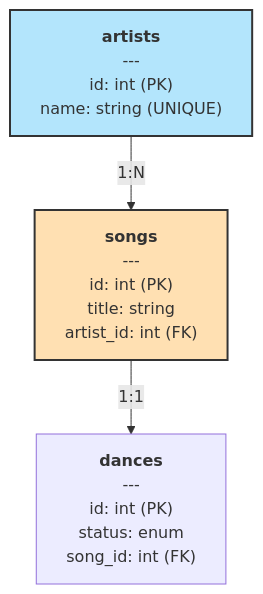
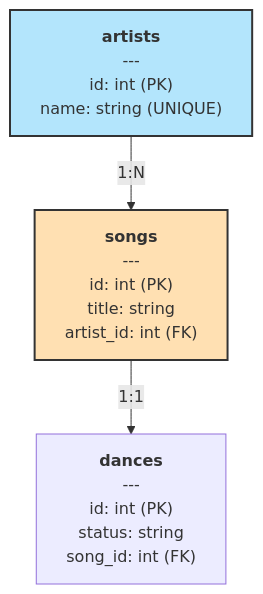
The third of 4 diagrams in ARCHITECTURE.md (vega28/dance-dance-database), drawn with Mermaid before and after one commit.

Commit message:
Apply suggestion from @Copilot

````diff
--- a/ARCHITECTURE.md
+++ b/ARCHITECTURE.md
@@ -94,12 +94,12 @@
 ```mermaid
 graph TD
     Artists["<b>artists</b><br/>---<br/>id: int (PK)<br/>name: string (UNIQUE)<br/>"]
     Songs["<b>songs</b><br/>---<br/>id: int (PK)<br/>title: string<br/>artist_id: int (FK)<br/>"]
-    Dances["<b>dances</b><br/>---<br/>id: int (PK)<br/>status: enum<br/>song_id: int (FK)<br/>"]
+    Dances["<b>dances</b><br/>---<br/>id: int (PK)<br/>status: string<br/>song_id: int (FK)<br/>"]
     
     Artists -->|1:N| Songs
     Songs -->|1:1| Dances
     
     style Artists fill:#b3e5fc,stroke:#333,stroke-width:2px
     style Songs fill:#ffe0b2,stroke:#333,stroke-width:2px
 ```
````
